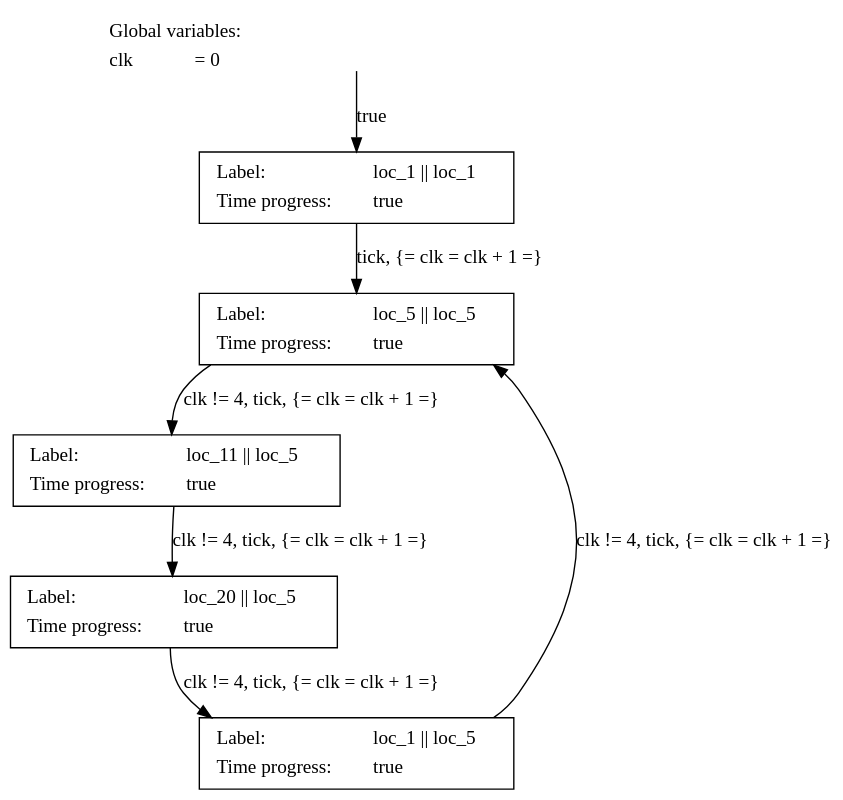
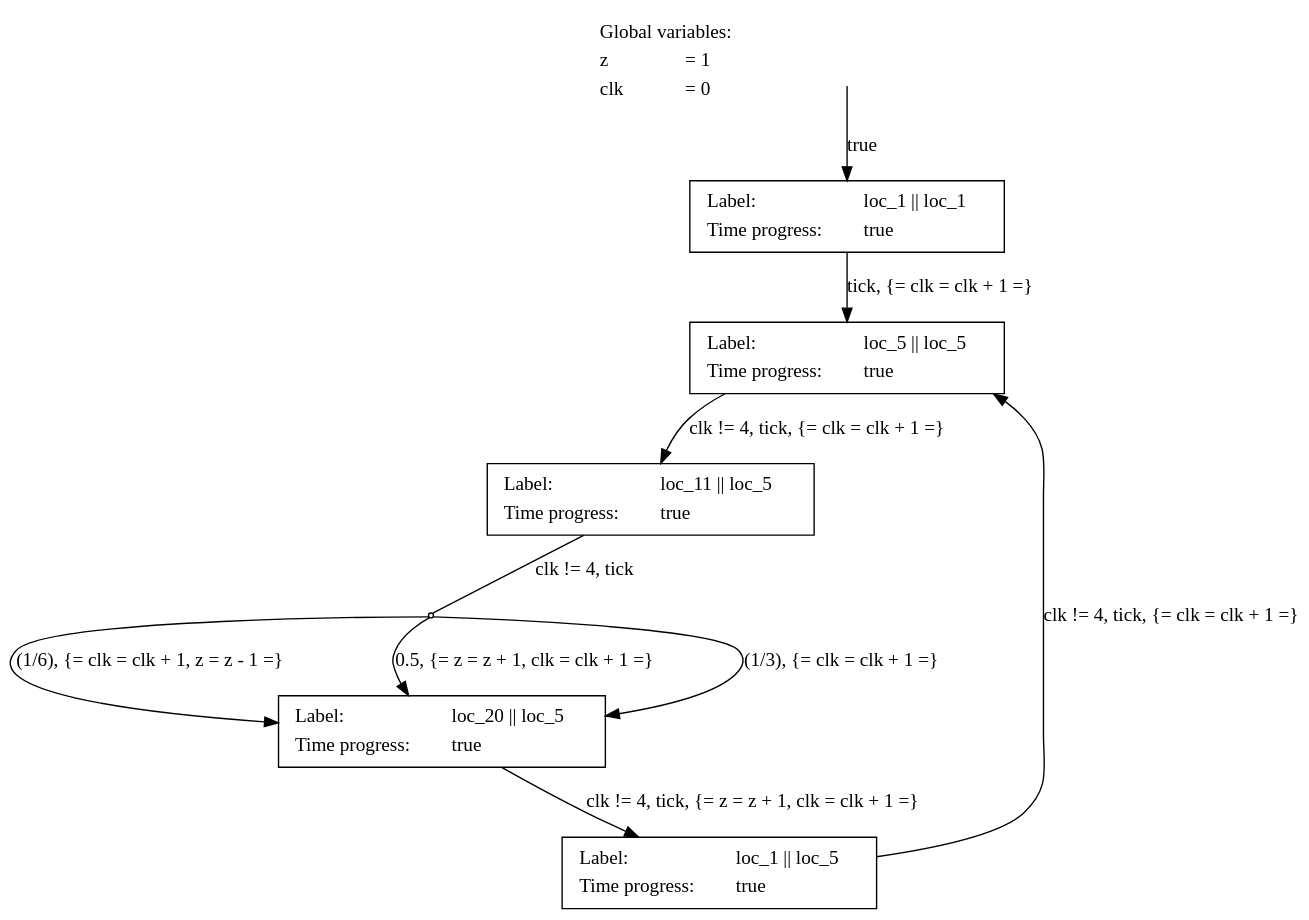
The diagram in runs/src_old/toy4_test/toy4_test.dot (torger9/AutomatedProbabilisticChoiceAbstraction), drawn with Graphviz before and after one commit. The commit also changed 59 other files, not shown here.

```diff
--- a/runs/src_old/toy4_test/toy4_test.dot
+++ b/runs/src_old/toy4_test/toy4_test.dot
@@ -1,19 +1,23 @@
 digraph G {
 	rankdir = TB;
 	bgcolor = transparent;
 	node [style = filled, fillcolor = white];
-__global_vars__ [shape=plaintext, fillcolor="transparent", label=<<table border="0"><tr><td align="left" valign="top" colspan="2">Global variables:</td></tr><tr><td align="left" valign="top">clk</td><td align="left" valign="top" balign="left">= 0</td></tr></table>>];
+__global_vars__ [shape=plaintext, fillcolor="transparent", label=<<table border="0"><tr><td align="left" valign="top" colspan="2">Global variables:</td></tr><tr><td align="left" valign="top">z</td><td align="left" valign="top" balign="left">= 1</td></tr><tr><td align="left" valign="top">clk</td><td align="left" valign="top" balign="left">= 0</td></tr></table>>];
 	0 [shape=box, label=<<table border="0"><tr><td align="left" valign="top">Label:</td><td align="left" valign="top" balign="left">loc_1 || loc_1</td></tr><tr><td align="left" valign="top">Time progress:</td><td align="left" valign="top" balign="left">true</td></tr></table>>];
 	1 [shape=box, label=<<table border="0"><tr><td align="left" valign="top">Label:</td><td align="left" valign="top" balign="left">loc_5 || loc_5</td></tr><tr><td align="left" valign="top">Time progress:</td><td align="left" valign="top" balign="left">true</td></tr></table>>];
 	0 -> 1 [label=<tick, {= clk = clk + 1 =}<br align="left" />>];
 	2 [shape=box, label=<<table border="0"><tr><td align="left" valign="top">Label:</td><td align="left" valign="top" balign="left">loc_11 || loc_5</td></tr><tr><td align="left" valign="top">Time progress:</td><td align="left" valign="top" balign="left">true</td></tr></table>>];
 	1 -> 2 [label=<clk != 4, tick, {= clk = clk + 1 =}<br align="left" />>];
+	i0 [shape=point];
+	2 -> i0 [label=<clk != 4, tick<br align="left" />>, arrowhead=none];
 	3 [shape=box, label=<<table border="0"><tr><td align="left" valign="top">Label:</td><td align="left" valign="top" balign="left">loc_20 || loc_5</td></tr><tr><td align="left" valign="top">Time progress:</td><td align="left" valign="top" balign="left">true</td></tr></table>>];
-	2 -> 3 [label=<clk != 4, tick, {= clk = clk + 1 =}<br align="left" />>];
+	i0 -> 3 [label=<(1/6), {= clk = clk + 1, z = z - 1 =}<br align="left" />>];
+	i0 -> 3 [label=<0.5, {= z = z + 1, clk = clk + 1 =}<br align="left" />>];
+	i0 -> 3 [label=<(1/3), {= clk = clk + 1 =}<br align="left" />>];
 	4 [shape=box, label=<<table border="0"><tr><td align="left" valign="top">Label:</td><td align="left" valign="top" balign="left">loc_1 || loc_5</td></tr><tr><td align="left" valign="top">Time progress:</td><td align="left" valign="top" balign="left">true</td></tr></table>>];
-	3 -> 4 [label=<clk != 4, tick, {= clk = clk + 1 =}<br align="left" />>];
+	3 -> 4 [label=<clk != 4, tick, {= z = z + 1, clk = clk + 1 =}<br align="left" />>];
 	4 -> 1 [label=<clk != 4, tick, {= clk = clk + 1 =}<br align="left" />>];
 	_____initial5 [shape=none, style=invisible, label=""];
 	_____initial5 -> 0 [label=<true<br align="left" />>];
 
 }
```
